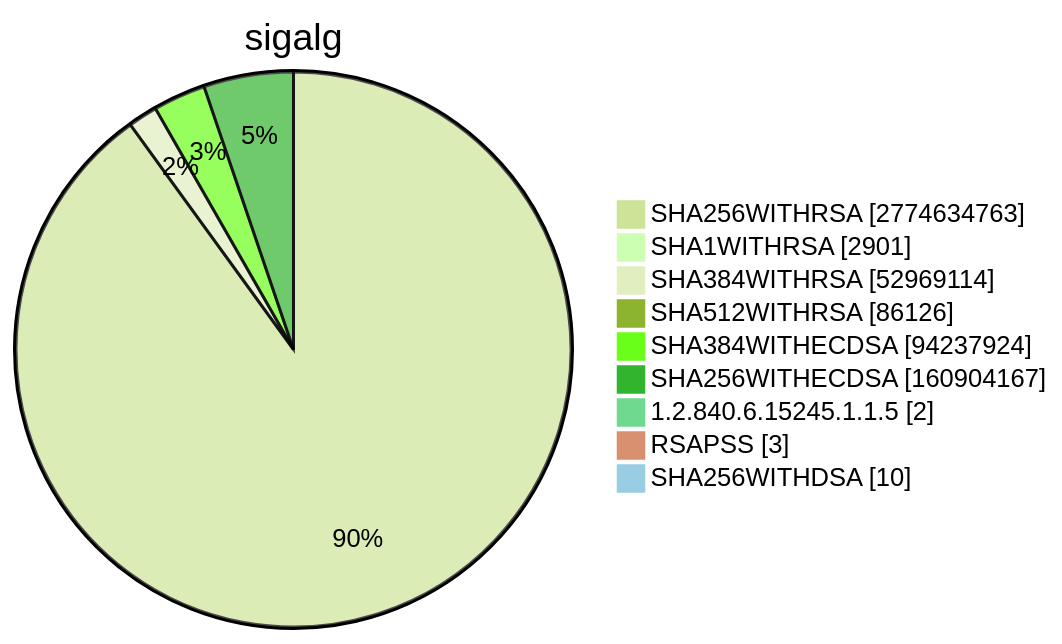
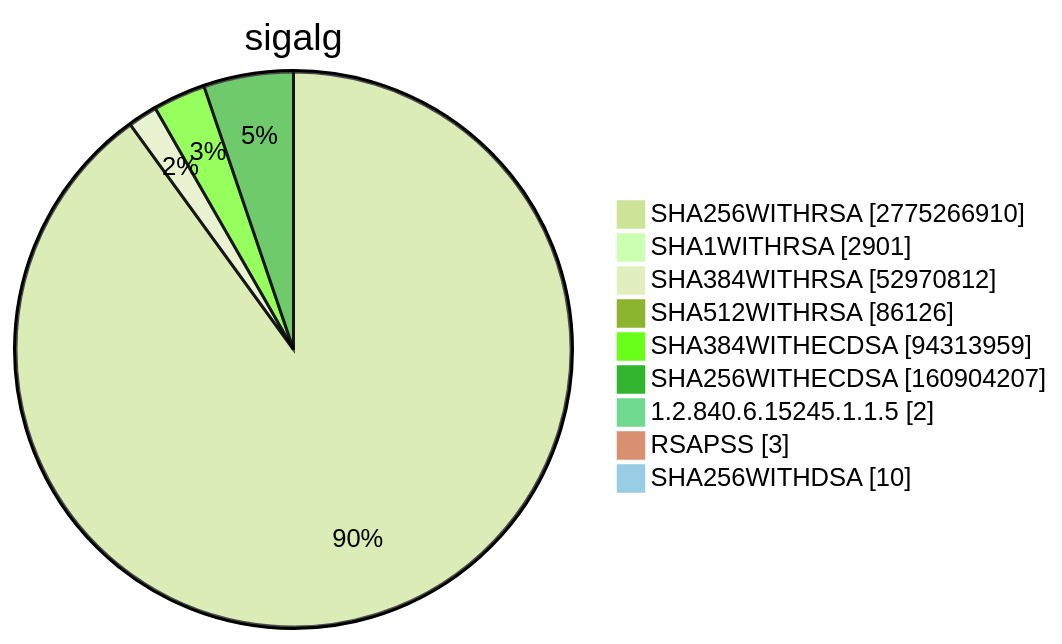
One commit to christiankrug/ctmonitor_visualization changed diagram 15 of 15 in TOTAL/README.md. Above: the diagram before and after it, drawn with Mermaid (forest theme). The commit also changed other lines of this file, not shown here.

````diff
--- a/TOTAL/README.md
+++ b/TOTAL/README.md
@@ -6207,13 +6207,13 @@
 ```mermaid
 pie showData
 title sigalg
-"SHA256WITHRSA" :2774634763
+"SHA256WITHRSA" :2775266910
 "SHA1WITHRSA" :2901
-"SHA384WITHRSA" :52969114
+"SHA384WITHRSA" :52970812
 "SHA512WITHRSA" :86126
-"SHA384WITHECDSA" :94237924
-"SHA256WITHECDSA" :160904167
+"SHA384WITHECDSA" :94313959
+"SHA256WITHECDSA" :160904207
 "1.2.840.6.15245.1.1.5" :2
 "RSAPSS" :3
 "SHA256WITHDSA" :10
 ```
````
